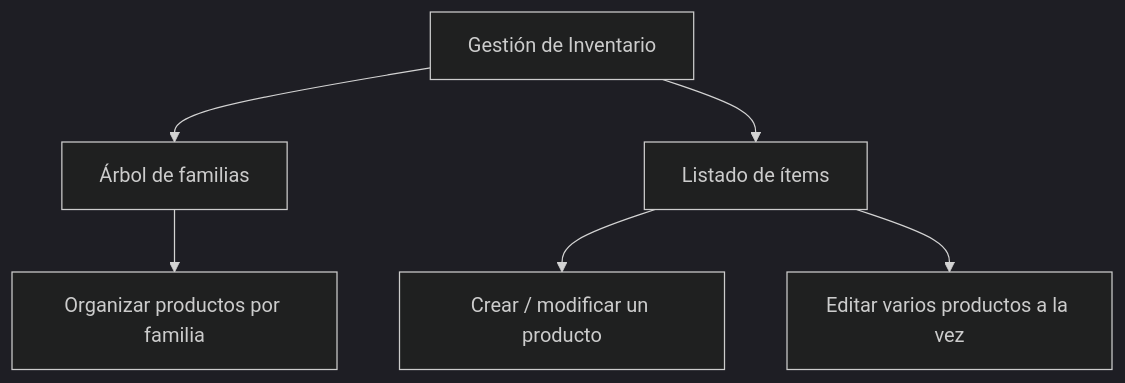
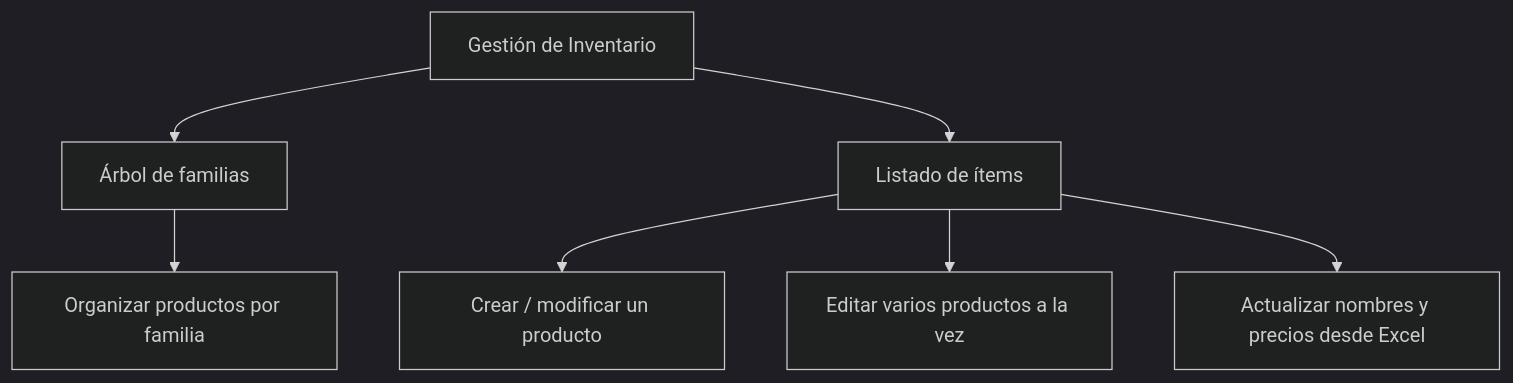
The diagram in docs/modulos/inventario/GestionInventario.md (contaportable/CPDOCS), drawn with Mermaid (dark theme) before and after one commit. The commit also changed 2 other files, not shown here.

Commit message:
- Mejora de documentación de inventario.

````diff
--- a/docs/modulos/inventario/GestionInventario.md
+++ b/docs/modulos/inventario/GestionInventario.md
@@ -29,19 +29,22 @@
 ``` mermaid
 graph TD
   A[Gestión de Inventario]:::root
   B[Árbol de familias]
   C[Listado de ítems]
   D[Crear / modificar un producto]
   E[Editar varios productos a la vez]
   F[Organizar productos por familia]
+  G[Actualizar nombres y precios desde Excel]
 
   A --> B
   A --> C
   C --> D
   C --> E
+  C --> G
   B --> F
 
   click D "FichaInventario.md" "Ir a Ficha de Inventario"
   click E "ListadoInventario.md" "Ir a Edición del listado de inventario"
   click F "FamiliaInventario.md" "Ir a Gestión de Familias de Inventario"
+  click G "ImportarPreciosExcel.md" "Ir a Importar nombres y precios desde Excel"
 ```
````
